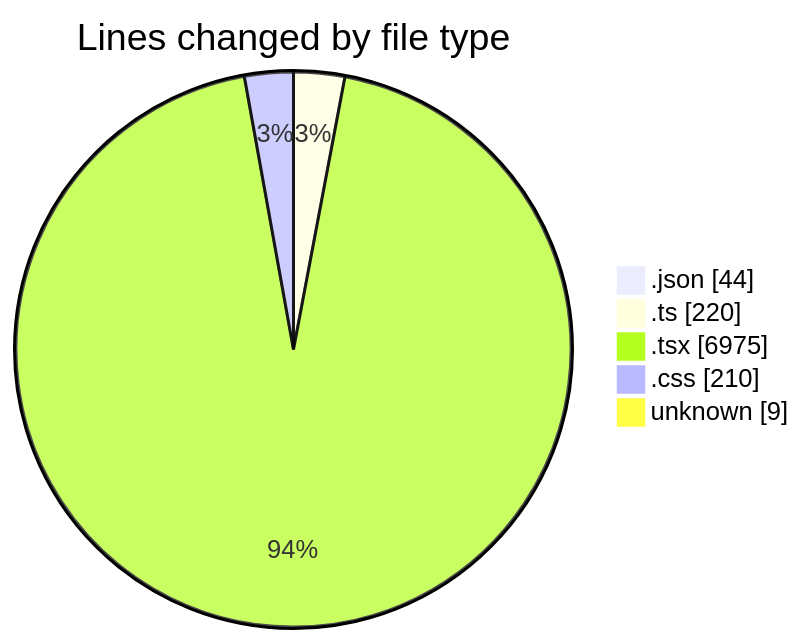
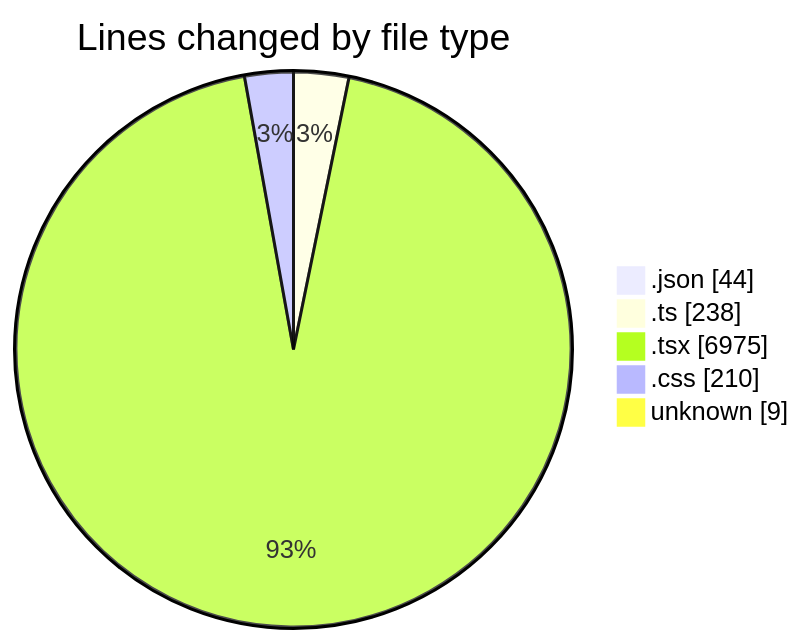
Before and after one commit to julien-gomy/code-tracking: the first of 2 diagrams in 2025-10-24/eventscop-frontend-guide__workspace_/README.md, drawn with Mermaid. The commit also changed other lines of this file and 1 other file, not shown here.

````diff
--- a/2025-10-24/eventscop-frontend-guide__workspace_/README.md
+++ b/2025-10-24/eventscop-frontend-guide__workspace_/README.md
@@ -49,9 +50,9 @@
 ```mermaid
 pie showData
 title Lines changed by file type
 ".json" : 44
-".ts" : 220
+".ts" : 238
 ".tsx" : 6975
 ".css" : 210
 "unknown" : 9
 ```
````
